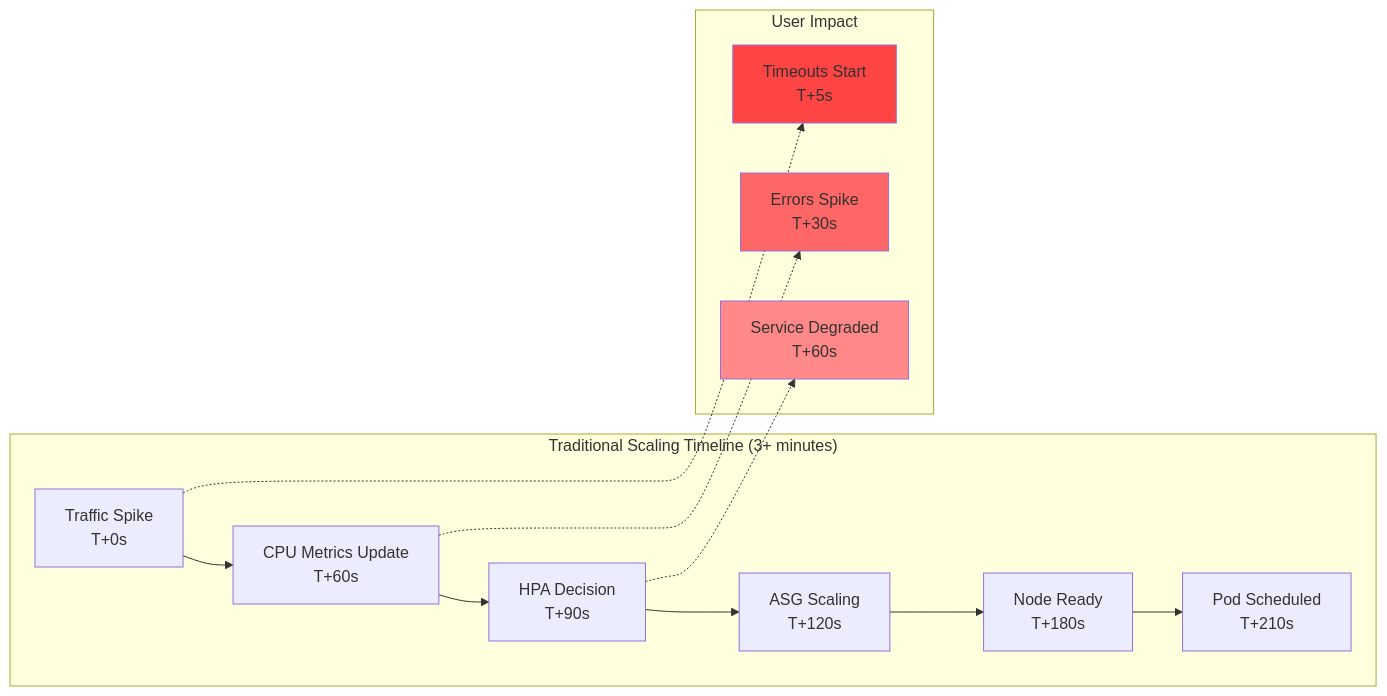
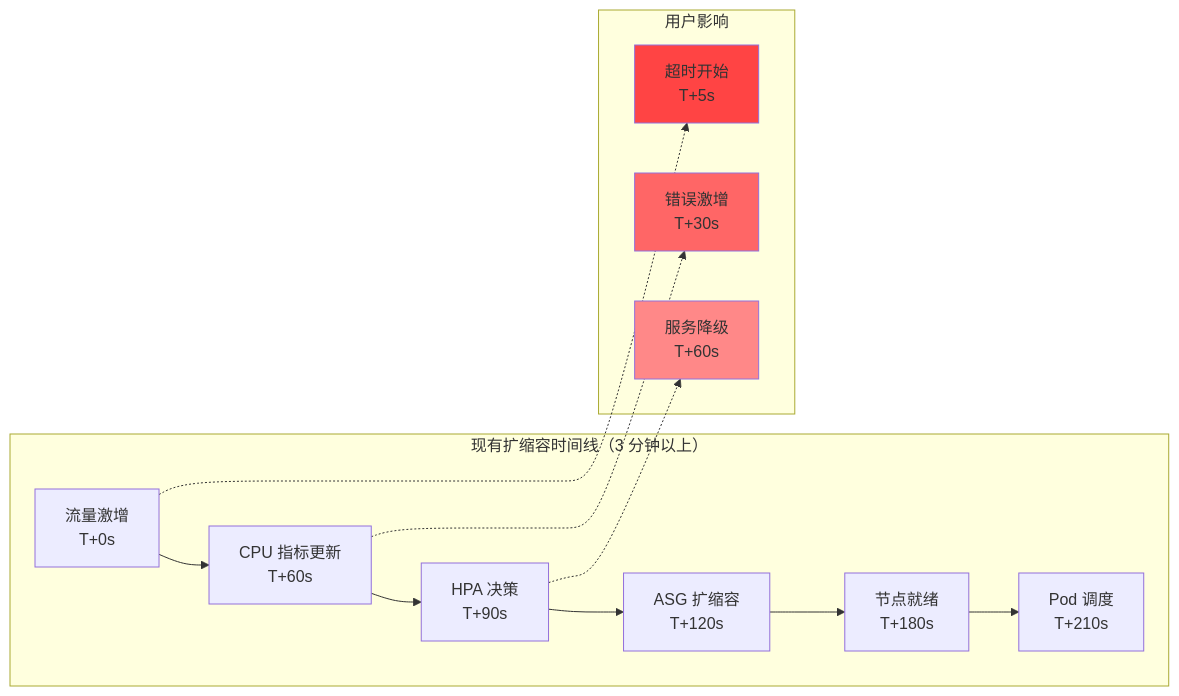
Before and after one commit to devfloor9/engineering-playbook: the third of 18 diagrams in i18n/zh/docusaurus-plugin-content-docs/current/infrastructure-optimization/karpenter-autoscaling.md, drawn with Mermaid. The commit also changed other lines of this file and 43 other files, not shown here.

````diff
--- a/i18n/zh/docusaurus-plugin-content-docs/current/infrastructure-optimization/karpenter-autoscaling.md
+++ b/i18n/zh/docusaurus-plugin-content-docs/current/infrastructure-optimization/karpenter-autoscaling.md
@@ -30,25 +259,25 @@
 ```mermaid
 graph LR
-    subgraph "Traditional Scaling Timeline (3+ minutes)"
-        T1[Traffic Spike<br/>T+0s] --> T2[CPU Metrics Update<br/>T+60s]
-        T2 --> T3[HPA Decision<br/>T+90s]
-        T3 --> T4[ASG Scaling<br/>T+120s]
-        T4 --> T5[Node Ready<br/>T+180s]
-        T5 --> T6[Pod Scheduled<br/>T+210s]
+    subgraph "现有扩缩容时间线（3 分钟以上）"
+        T1[流量激增<br/>T+0s] --> T2[CPU 指标更新<br/>T+60s]
+        T2 --> T3[HPA 决策<br/>T+90s]
+        T3 --> T4[ASG 扩缩容<br/>T+120s]
+        T4 --> T5[节点就绪<br/>T+180s]
+        T5 --> T6[Pod 调度<br/>T+210s]
     end
 
-    subgraph "User Impact"
-        I1[Timeouts Start<br/>T+5s]
-        I2[Errors Spike<br/>T+30s]
-        I3[Service Degraded<br/>T+60s]
+    subgraph "用户影响"
+        I1[超时开始<br/>T+5s]
+        I2[错误激增<br/>T+30s]
+        I3[服务降级<br/>T+60s]
     end
 
     T1 -.-> I1
     T2 -.-> I2
     T3 -.-> I3
 
     style I1 fill:#ff4444
     style I2 fill:#ff6666
     style I3 fill:#ff8888
 
 ```
````
